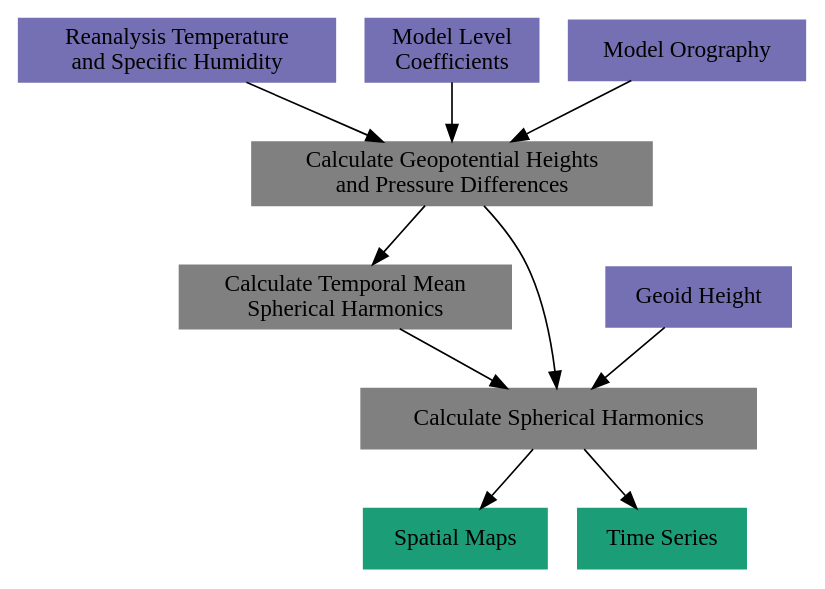
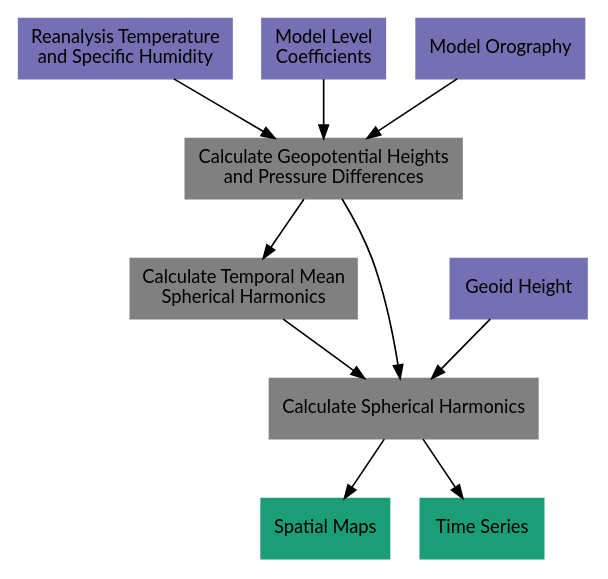
One commit to tsutterley/model-harmonics changed the fourth of 5 diagrams in doc/source/getting_started/Overview.rst. Above: the diagram before and after it, drawn with Graphviz. The commit also changed other lines of this file, not shown here.

Commit message:
docs: change font in `graphviz` flow charts (#60)

```diff
--- a/doc/source/getting_started/Overview.rst
+++ b/doc/source/getting_started/Overview.rst
@@ -182,30 +292,75 @@
 .. graphviz::
     :caption: Reanalysis Spherical Harmonics with Three-Dimensional Geometry Framework
     :align: center
 
     digraph {
-        E [label="Reanalysis Temperature\nand Specific Humidity" shape=box style="filled" color="#7570b3"]
+        E [label="Reanalysis Temperature\nand Specific Humidity"
+            fontname="Lato"
+            fontsize=11
+            shape=box
+            style="filled"
+            color="#7570b3"]
         L [URL="https://github.com/tsutterley/model-harmonics/blob/main/GLDAS/model_level_coefficients.py"
-            label="Model Level\nCoefficients" shape=box style="filled" color="#7570b3"]
-        N [label="Geoid Height" shape=box style="filled" color="#7570b3"]
-        O [label="Model Orography" shape=box style="filled" color="#7570b3"]
+            label="Model Level\nCoefficients"
+            fontname="Lato"
+            fontsize=11
+            shape=box
+            style="filled"
+            color="#7570b3"]
+        N [label="Geoid Height"
+            fontname="Lato"
+            fontsize=11
+            shape=box
+            style="filled"
+            color="#7570b3"]
+        O [label="Model Orography"
+            fontname="Lato"
+            fontsize=11
+            shape=box
+            style="filled"
+            color="#7570b3"]
         G [URL="https://github.com/tsutterley/model-harmonics/blob/main/GLDAS/reanalysis_geopotential_heights.py"
-            label="Calculate Geopotential Heights\nand Pressure Differences" shape=box style="filled" color="gray"]
+            label="Calculate Geopotential Heights\nand Pressure Differences"
+            fontname="Lato"
+            fontsize=11
+            shape=box
+            style="filled"
+            color="gray"]
         M [URL="https://github.com/tsutterley/model-harmonics/blob/main/GLDAS/reanalysis_mean_harmonics.py"
-            label="Calculate Temporal Mean\nSpherical Harmonics" shape=box style="filled" color="gray"]
+            label="Calculate Temporal Mean\nSpherical Harmonics"
+            fontname="Lato"
+            fontsize=11
+            shape=box
+            style="filled"
+            color="gray"]
         H [URL="https://github.com/tsutterley/model-harmonics/blob/main/GLDAS/reanalysis_atmospheric_harmonics.py"
-            label="Calculate Spherical Harmonics" shape=box style="filled" color="gray"]
+            label="Calculate Spherical Harmonics"
+            fontname="Lato"
+            fontsize=11
+            shape=box
+            style="filled"
+            color="gray"]
         S [URL="https://github.com/tsutterley/gravity-toolkit/blob/main/scripts/combine_harmonics.py"
-            label="Spatial Maps" shape=box style="filled" color="#1b9e77"]
+            label="Spatial Maps"
+            fontname="Lato"
+            fontsize=11
+            shape=box
+            style="filled"
+            color="#1b9e77"]
         T [URL="https://github.com/tsutterley/model-harmonics/blob/main/scripts/least_squares_mascon_timeseries.py"
-            label="Time Series" shape=box style="filled" color="#1b9e77"]
-        E -> G
-        L -> G
-        O -> G
-        G -> M
-        M -> H
-        G -> H
-        N -> H
-        H -> S
-        H -> T
+            label="Time Series"
+            fontname="Lato"
+            fontsize=11
+            shape=box
+            style="filled"
+            color="#1b9e77"]
+        E -> G [arrowsize=0.8]
+        L -> G [arrowsize=0.8]
+        O -> G [arrowsize=0.8]
+        G -> M [arrowsize=0.8]
+        M -> H [arrowsize=0.8]
+        G -> H [arrowsize=0.8]
+        N -> H [arrowsize=0.8]
+        H -> S [arrowsize=0.8]
+        H -> T [arrowsize=0.8]
     }
```
